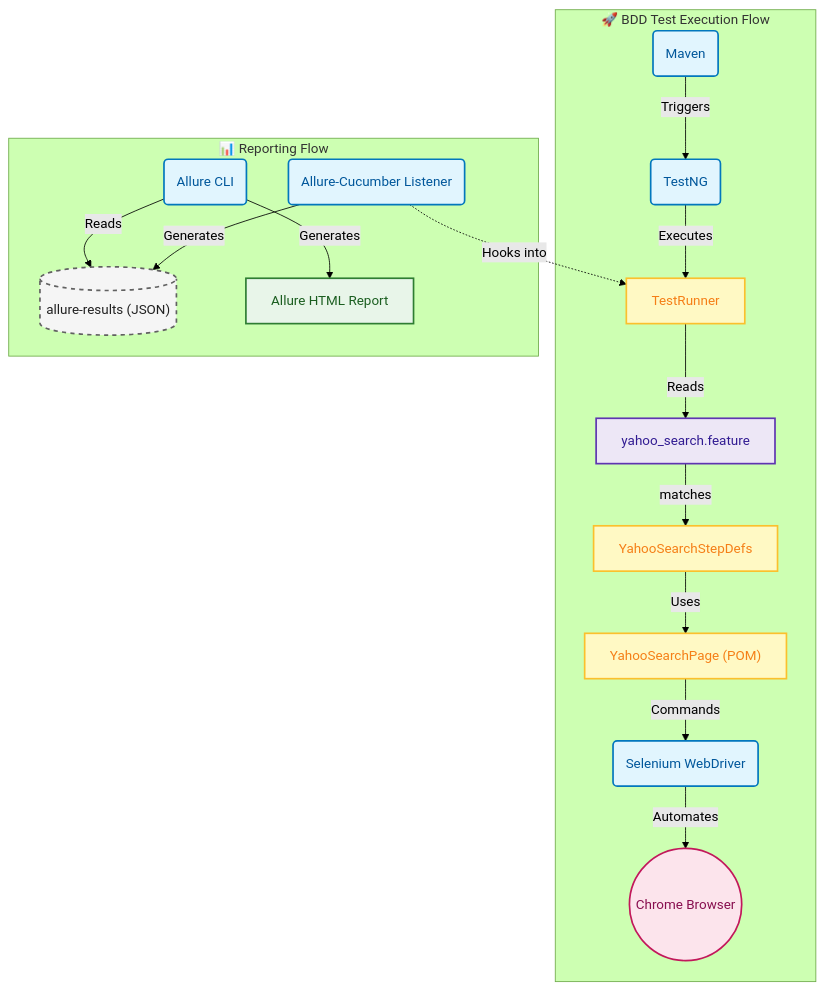
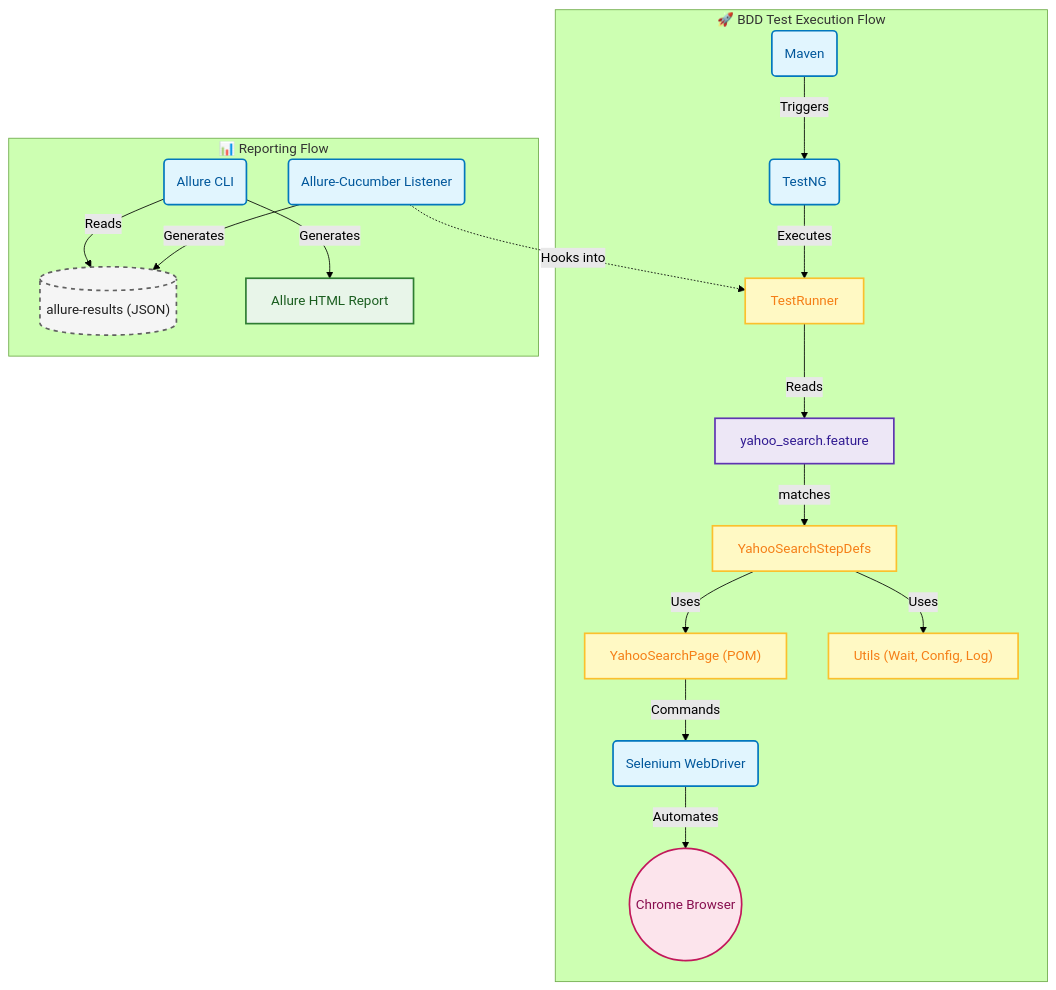
One commit to sonakshikukreja/Web-UI-TAF changed the diagram in README.md. Above: the diagram before and after it, drawn with Mermaid (forest theme). The commit also changed other lines of this file and 14 other files, not shown here.

````diff
--- a/README.md
+++ b/README.md
@@ -7,27 +17,28 @@
 ```mermaid
 graph TD
     %% Define styles for nodes
     classDef tool fill:#e1f5fe,stroke:#0277bd,stroke-width:2px,color:#01579b
     classDef code fill:#fff9c4,stroke:#fbc02d,stroke-width:2px,color:#f57f17
     classDef browser fill:#fce4ec,stroke:#c2185b,stroke-width:2px,color:#880e4f
     classDef report fill:#e8f5e9,stroke:#2e7d32,stroke-width:2px,color:#1b5e20
     classDef artifact fill:#f5f5f5,stroke:#616161,stroke-width:2px,stroke-dasharray: 5 5,color:#212121
     classDef bdd fill:#ede7f6,stroke:#5e35b1,stroke-width:2px,color:#311b92
 
     subgraph Execution ["🚀 BDD Test Execution Flow"]
         Maven("Maven"):::tool -->|Triggers| TestNG("TestNG"):::tool
         TestNG -->|Executes| Runner["TestRunner"]:::code
         Runner -->|Reads| Feature["yahoo_search.feature"]:::bdd
         Feature --matches--> StepDefs["YahooSearchStepDefs"]:::code
         StepDefs -->|Uses| POM["YahooSearchPage (POM)"]:::code
+        StepDefs -->|Uses| Utils["Utils (Wait, Config, Log)"]:::code
         POM -->|Commands| WebDriver("Selenium WebDriver"):::tool
         WebDriver -->|Automates| Browser(("Chrome Browser")):::browser
     end
 
     subgraph Reporting ["📊 Reporting Flow"]
         Listener("Allure-Cucumber Listener"):::tool -.->|Hooks into| Runner
         Listener -->|Generates| Results[("allure-results (JSON)")]:::artifact
         CLI("Allure CLI"):::tool -->|Reads| Results
         CLI -->|Generates| Report["Allure HTML Report"]:::report
     end
 ```
````
